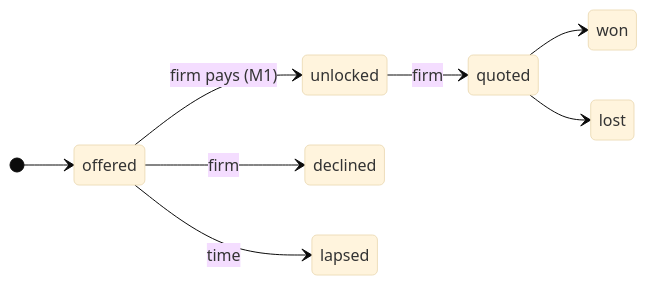
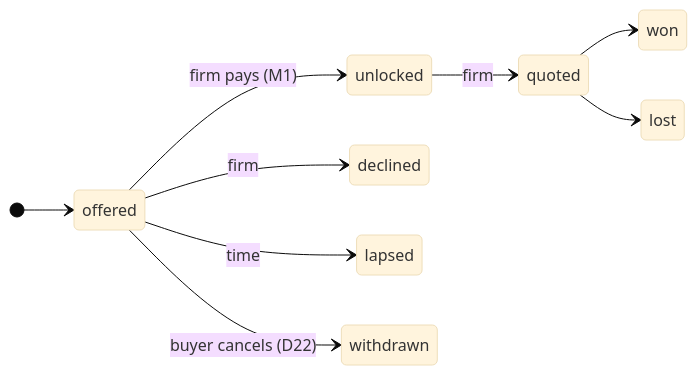
The third of 7 diagrams in model/views/map.md (Rwb3n/macan), drawn with Mermaid (base theme) before and after one commit. The commit also changed other lines of this file and 19 other files, not shown here.

````diff
--- a/model/views/map.md
+++ b/model/views/map.md
@@ -159,11 +163,12 @@
 ```mermaid
 stateDiagram-v2
   direction LR
   [*] --> offered
   offered --> unlocked: firm pays (M1)
   offered --> declined: firm
   offered --> lapsed: time
+  offered --> withdrawn: buyer cancels (D22)
   unlocked --> quoted: firm
   quoted --> won
   quoted --> lost
 ```
````
